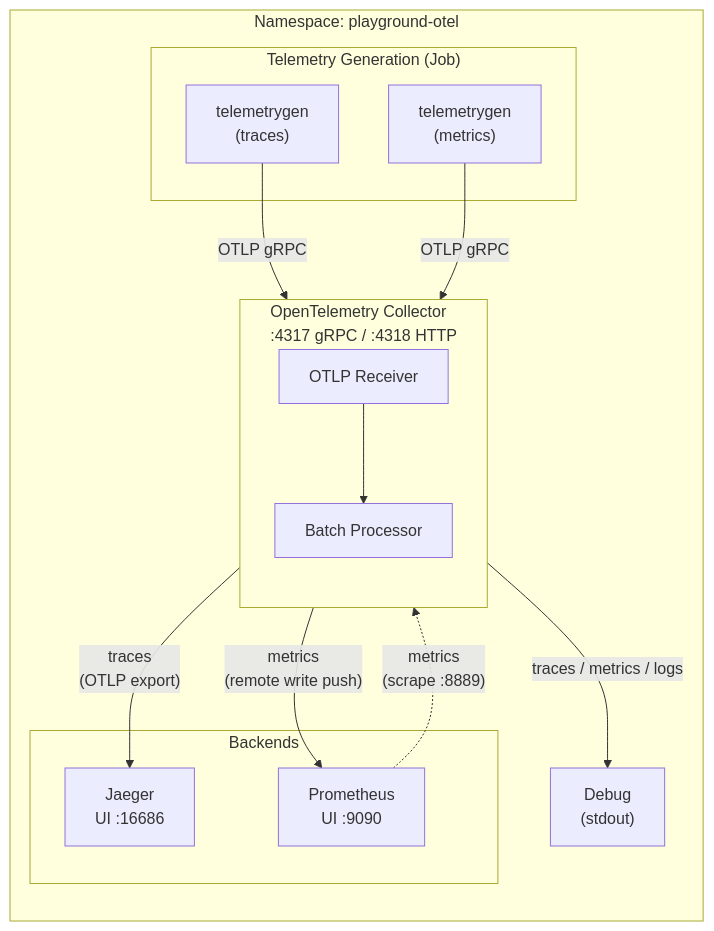
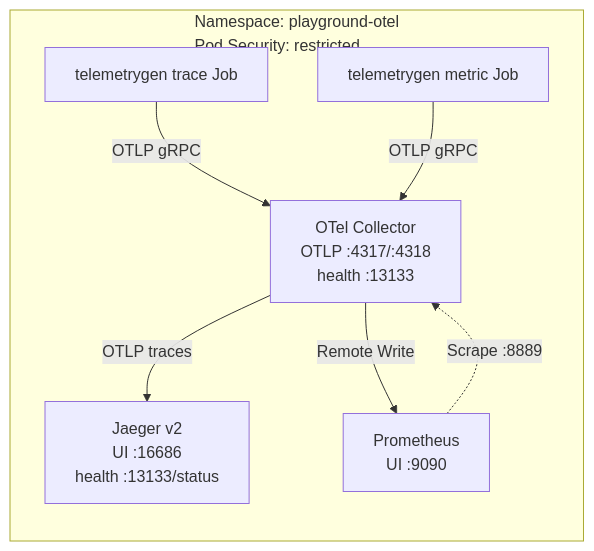
Before and after one commit to ks6088ts/template-terraform: the diagram in infra/scenarios/azure_kubernetes_playground/examples/otel_k8s/README.md, drawn with Mermaid. The commit also changed other lines of this file and 28 other files, not shown here.

First line of the commit message:
Enhance OpenTelemetry Kubernetes and Local Deployments

````diff
--- a/infra/scenarios/azure_kubernetes_playground/examples/otel_k8s/README.md
+++ b/infra/scenarios/azure_kubernetes_playground/examples/otel_k8s/README.md
@@ -61,29 +24,16 @@
 ```mermaid
 flowchart LR
-    subgraph ns["Namespace: playground-otel"]
-        subgraph Generators["Telemetry Generation (Job)"]
-            GenTraces["telemetrygen<br/>(traces)"]
-            GenMetrics["telemetrygen<br/>(metrics)"]
-        end
+    subgraph NS["Namespace: playground-otel<br/>Pod Security: restricted"]
+        TJ["telemetrygen trace Job"]
+        MJ["telemetrygen metric Job"]
+        COL["OTel Collector<br/>OTLP :4317/:4318<br/>health :13133"]
+        J["Jaeger v2<br/>UI :16686<br/>health :13133/status"]
+        P["Prometheus<br/>UI :9090"]
 
-        subgraph Collector["OpenTelemetry Collector<br/>:4317 gRPC / :4318 HTTP"]
-            direction TB
-            OTLP_IN["OTLP Receiver"]
-            Batch["Batch Processor"]
-            OTLP_IN --> Batch
-        end
-
-        subgraph Backends["Backends"]
-            Jaeger["Jaeger<br/>UI :16686"]
-            Prometheus["Prometheus<br/>UI :9090"]
-        end
-
-        GenTraces -- "OTLP gRPC" --> OTLP_IN
-        GenMetrics -- "OTLP gRPC" --> OTLP_IN
-
-        Batch -- "traces<br/>(OTLP export)" --> Jaeger
-        Batch -- "metrics<br/>(remote write push)" --> Prometheus
-        Prometheus -. "metrics<br/>(scrape :8889)" .-> Batch
-        Batch -- "traces / metrics / logs" --> Debug["Debug<br/>(stdout)"]
+        TJ -->|OTLP gRPC| COL
+        MJ -->|OTLP gRPC| COL
+        COL -->|OTLP traces| J
+        COL -->|Remote Write| P
+        P -.->|Scrape :8889| COL
     end
 ```
````
